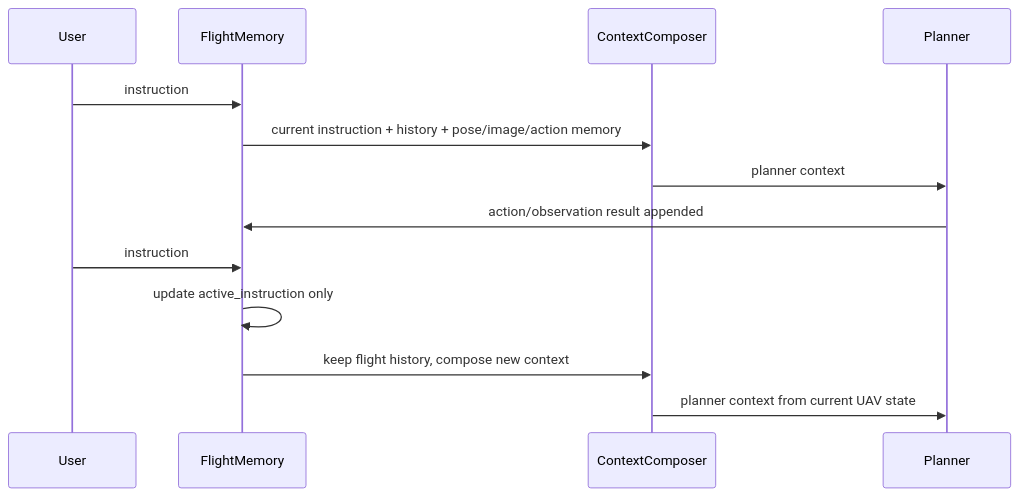
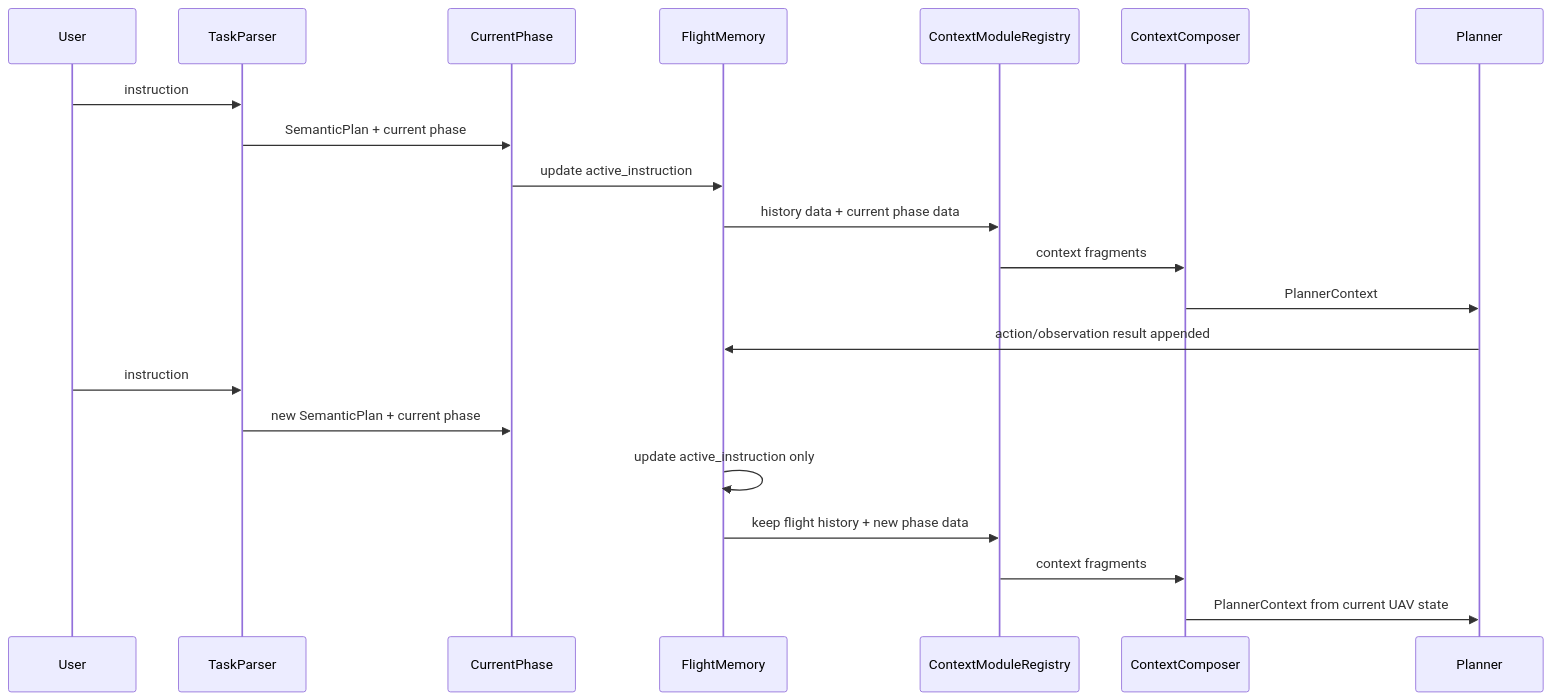
One commit to LZ6years/AeroPilot changed the third of 11 diagrams in docs/memory_system/07_diagrams.md. Above: the diagram before and after it, drawn with Mermaid. The commit also changed other lines of this file and 92 other files, not shown here.

````diff
--- a/docs/memory_system/07_diagrams.md
+++ b/docs/memory_system/07_diagrams.md
@@ -32,17 +66,25 @@
 ```mermaid
 sequenceDiagram
     participant U as User
+    participant TP as TaskParser
+    participant PH as CurrentPhase
     participant FM as FlightMemory
+    participant R as ContextModuleRegistry
     participant CC as ContextComposer
     participant PL as Planner
 
-    U->>FM: instruction #1
-    FM->>CC: current instruction + history + pose/image/action memory
-    CC->>PL: planner context
+    U->>TP: instruction #1
+    TP->>PH: SemanticPlan + current phase
+    PH->>FM: update active_instruction
+    FM->>R: history data + current phase data
+    R->>CC: context fragments
+    CC->>PL: PlannerContext
     PL->>FM: action/observation result appended
 
-    U->>FM: instruction #2
+    U->>TP: instruction #2
+    TP->>PH: new SemanticPlan + current phase
     FM->>FM: update active_instruction only
-    FM->>CC: keep flight history, compose new context
-    CC->>PL: planner context from current UAV state
+    FM->>R: keep flight history + new phase data
+    R->>CC: context fragments
+    CC->>PL: PlannerContext from current UAV state
 ```
````
